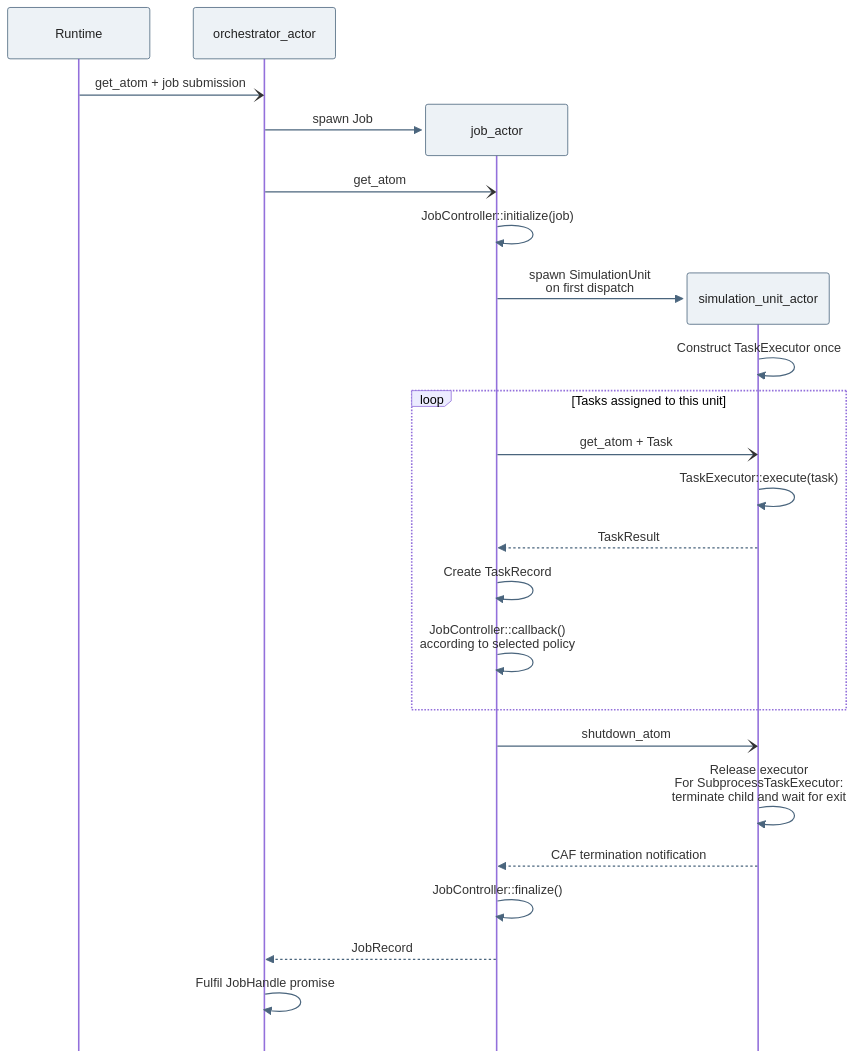
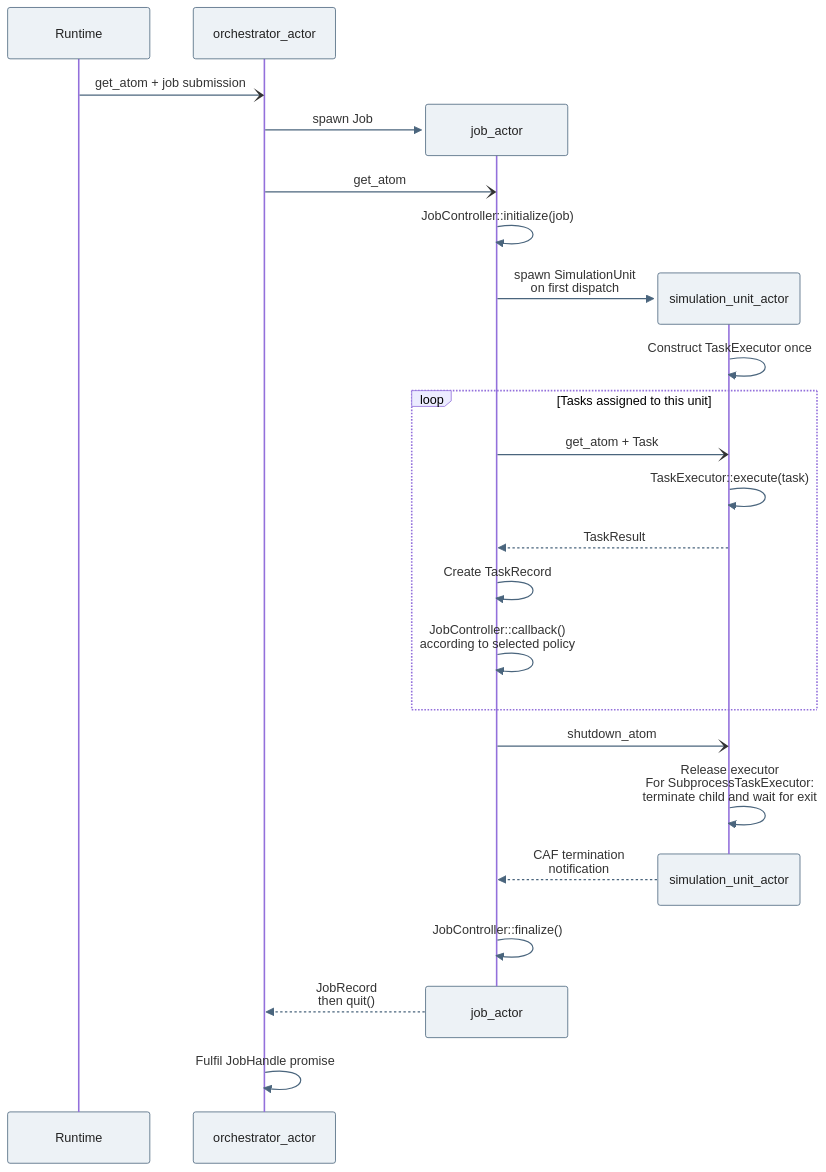
One commit to uofs-simlab/miaow-framework changed the diagram in docs/diagrams/job_execution.mmd. Above: the diagram before and after it, drawn with Mermaid. The commit also changed 4 other files, not shown here.

Commit message:
update architecture diagrams

```diff
--- a/docs/diagrams/job_execution.mmd
+++ b/docs/diagrams/job_execution.mmd
@@ -1,48 +1,50 @@
 ---
 config:
   sequence:
     useMaxWidth: true
-    mirrorActors: false
+    mirrorActors: true
     width: 180
     actorMargin: 24
     diagramMarginX: 16
     diagramMarginY: 12
     messageMargin: 18
     actorFontSize: 14
     messageFontSize: 14
     noteFontSize: 14
   themeVariables:
     actorBkg: "#edf2f6"
     actorBorder: "#4a657d"
     actorTextColor: "#222222"
     signalColor: "#4a657d"
     noteBkgColor: "#fff3df"
     noteBorderColor: "#e8a84b"
 ---
 sequenceDiagram
     participant R as Runtime
     participant O as orchestrator_actor
 
     R-)O: get_atom + job submission
     create participant J as job_actor
     O->>J: spawn Job
     O-)J: get_atom
     J->>J: JobController::initialize(job)
     create participant U as simulation_unit_actor
     J->>U: spawn SimulationUnit<br/>on first dispatch
     U->>U: Construct TaskExecutor once
 
     loop Tasks assigned to this unit
         J-)U: get_atom + Task
         U->>U: TaskExecutor::execute(task)
         U-->>J: TaskResult
         J->>J: Create TaskRecord
         J->>J: JobController::callback()<br/>according to selected policy
     end
 
     J-)U: shutdown_atom
     U->>U: Release executor<br/>For SubprocessTaskExecutor:<br/>terminate child and wait for exit
-    U-->>J: CAF termination notification
+    destroy U
+    U-->>J: CAF termination<br/>notification
     J->>J: JobController::finalize()
-    J-->>O: JobRecord
+    destroy J
+    J-->>O: JobRecord<br/>then quit()
     O->>O: Fulfil JobHandle promise
```
